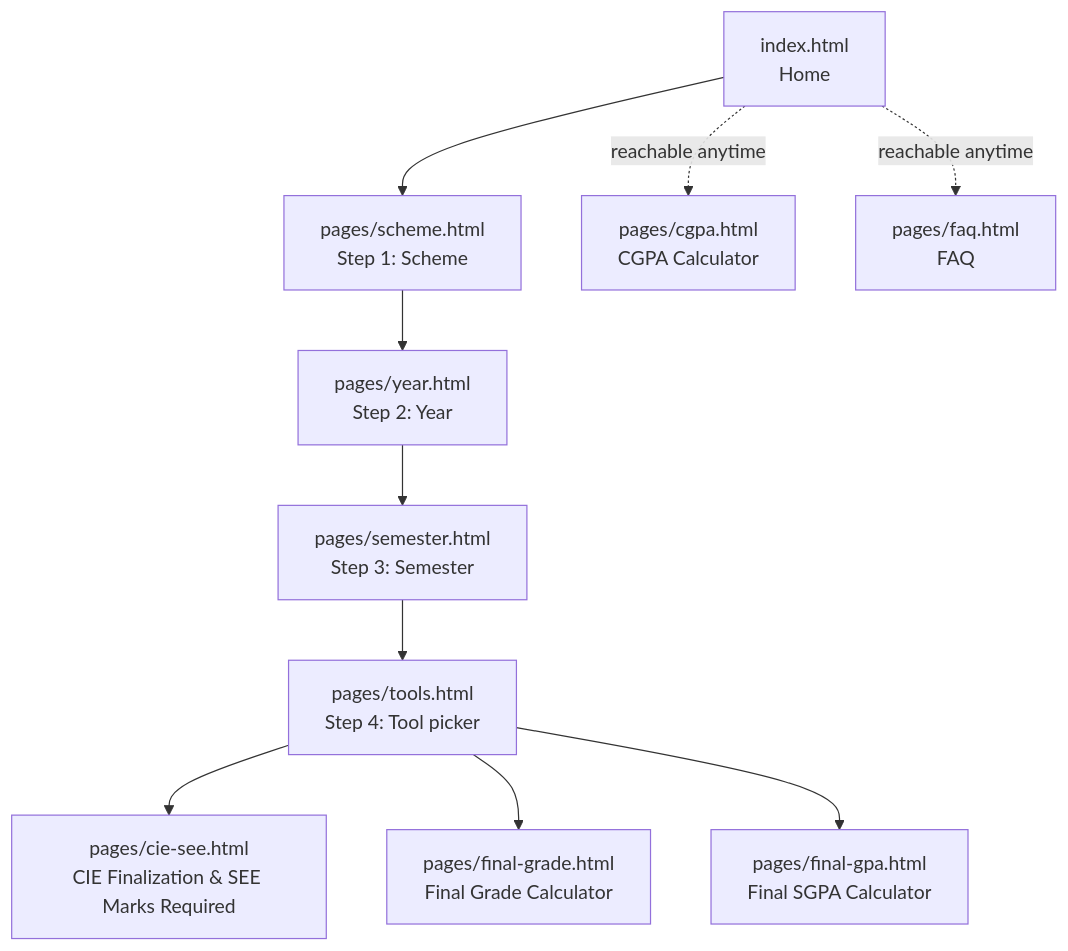
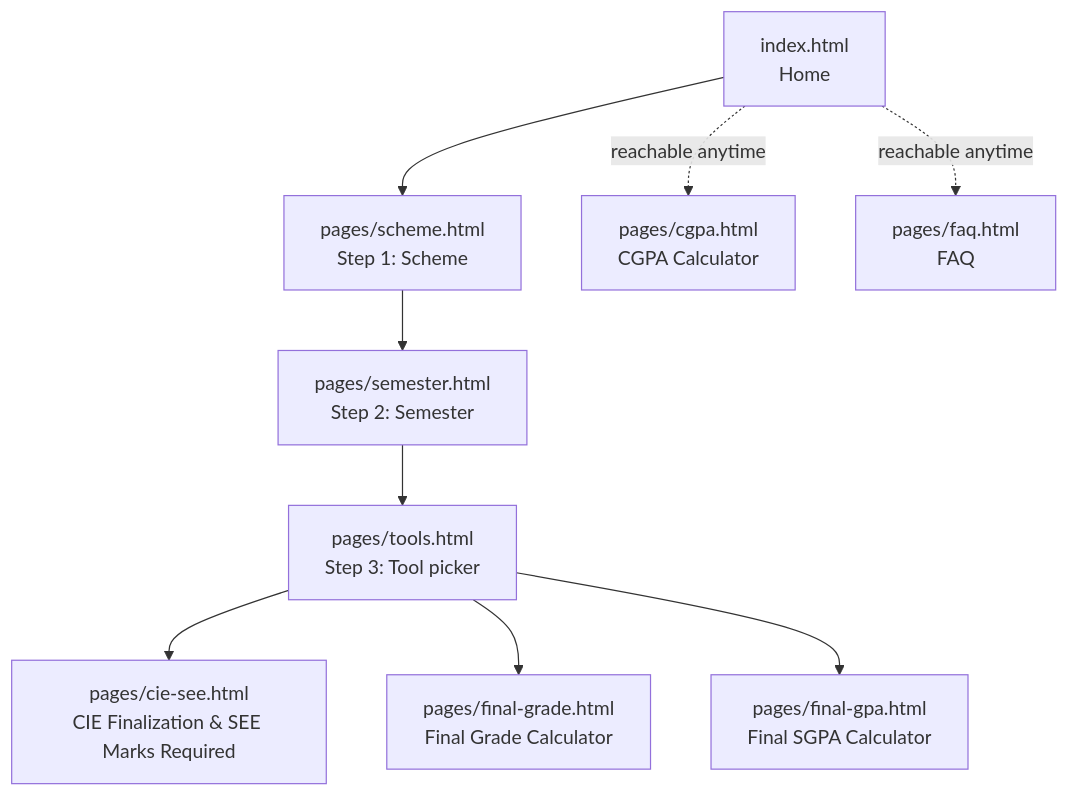
The first of 2 diagrams in README.md (Rajlohith/rvce-mca-grade-calculator), drawn with Mermaid before and after one commit. The commit also changed other lines of this file and 11 other files, not shown here.

Commit message:
feat: update README and HTML pages to reflect changes in semester selection; enhance footer layout and styling

````diff
--- a/README.md
+++ b/README.md
@@ -96,14 +96,13 @@
 ```mermaid
 flowchart TD
     A["index.html<br/>Home"] --> B["pages/scheme.html<br/>Step 1: Scheme"]
-    B --> C["pages/year.html<br/>Step 2: Year"]
-    C --> D["pages/semester.html<br/>Step 3: Semester"]
-    D --> E["pages/tools.html<br/>Step 4: Tool picker"]
+    B --> C["pages/semester.html<br/>Step 2: Semester"]
+    C --> E["pages/tools.html<br/>Step 3: Tool picker"]
     E --> F["pages/cie-see.html<br/>CIE Finalization & SEE Marks Required"]
     E --> G["pages/final-grade.html<br/>Final Grade Calculator"]
     E --> H["pages/final-gpa.html<br/>Final SGPA Calculator"]
     I["pages/cgpa.html<br/>CGPA Calculator"]
     J["pages/faq.html<br/>FAQ"]
     A -.reachable anytime.-> I
     A -.reachable anytime.-> J
 ```
````
